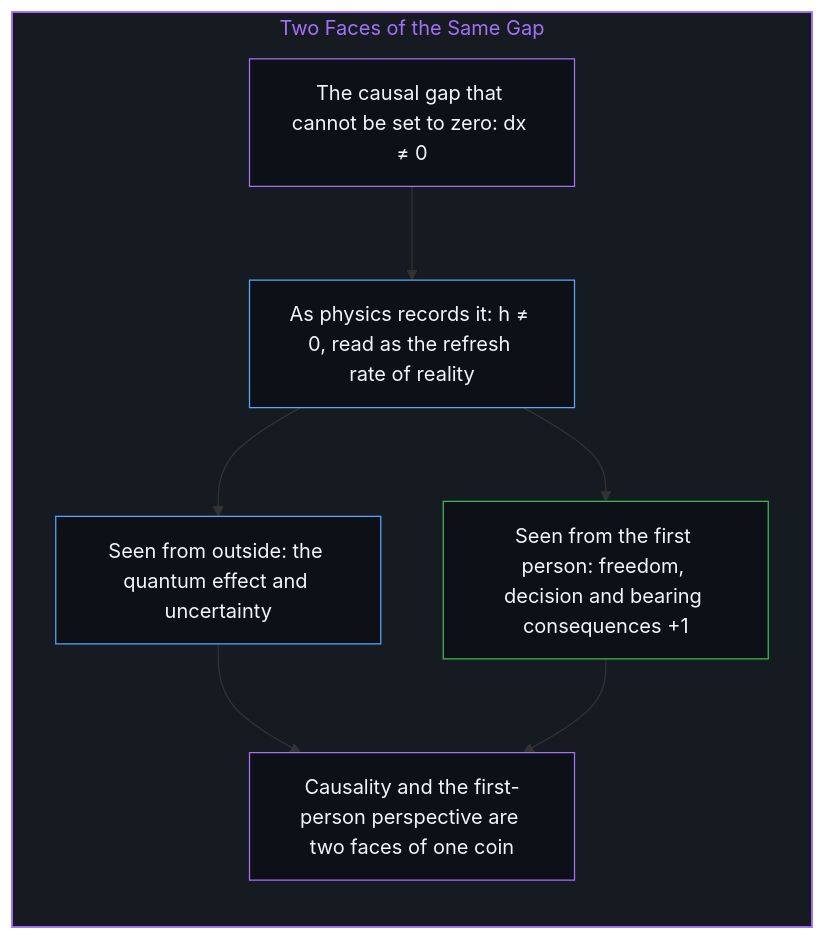
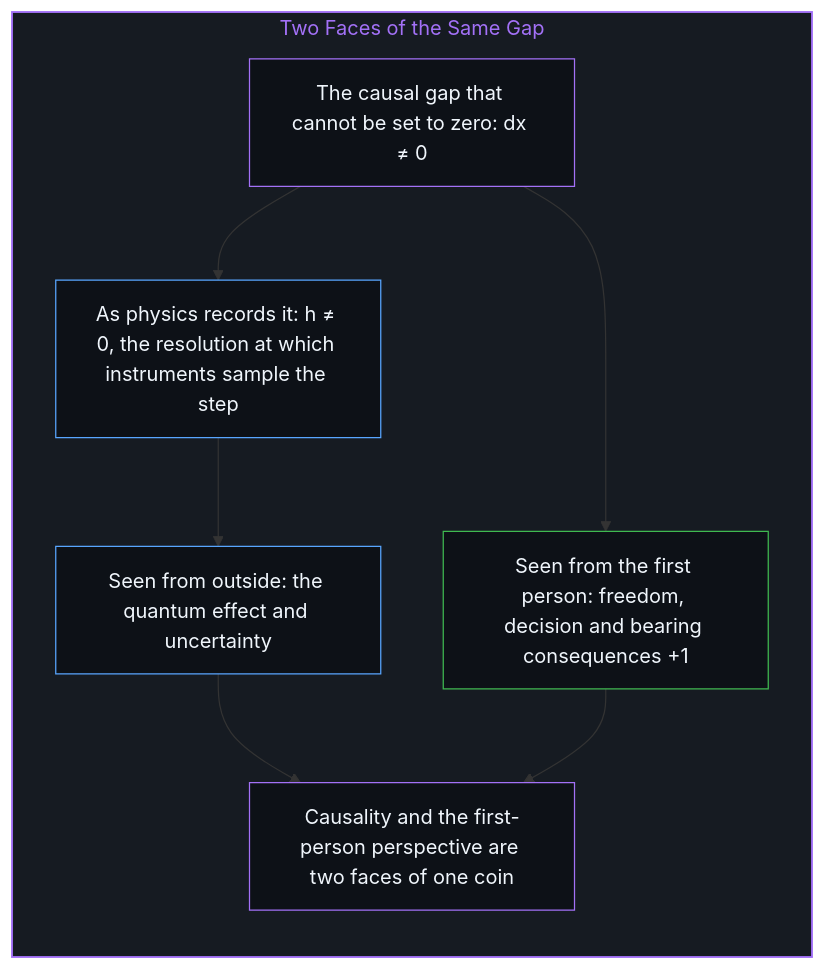
One commit to powerpig99/not-a-toe changed the fourth of 6 diagrams in content/posts/demanding-a-toe-freezes-time-into-a-catalog.md. Above: the diagram before and after it, drawn with Mermaid. The commit also changed other lines of this file and 27 other files, not shown here.

````diff
--- a/content/posts/demanding-a-toe-freezes-time-into-a-catalog.md
+++ b/content/posts/demanding-a-toe-freezes-time-into-a-catalog.md
@@ -159,23 +156,22 @@
 ```mermaid
 flowchart TD
     subgraph S_Coin["Two Faces of the Same Gap"]
         direction TB
         Gap["The causal gap that cannot be set to zero: dx ≠ 0"]
-        Planck["As physics records it: h ≠ 0, read as the refresh rate of reality"]
+        Planck["As physics records it: h ≠ 0, the resolution at which instruments sample the step"]
         Third["Seen from outside: the quantum effect and uncertainty"]
         First["Seen from the first person: freedom, decision and bearing consequences +1"]
         One["Causality and the first-person perspective are two faces of one coin"]
         Gap --> Planck
         Planck --> Third
-        Planck --> First
+        Gap --> First
         Third --> One
         First --> One
     end
-
     style S_Coin fill:#161b22,stroke:#a371f7,stroke-width:1.5px,color:#a371f7
     style Gap fill:#0d1117,stroke:#a371f7,stroke-width:1px,color:#f0f6fc
     style Planck fill:#0d1117,stroke:#58a6ff,stroke-width:1px,color:#f0f6fc
     style Third fill:#0d1117,stroke:#58a6ff,stroke-width:1px,color:#f0f6fc
     style First fill:#0d1117,stroke:#3fb950,stroke-width:1px,color:#f0f6fc
     style One fill:#0d1117,stroke:#a371f7,stroke-width:1px,color:#f0f6fc
 ```
````
